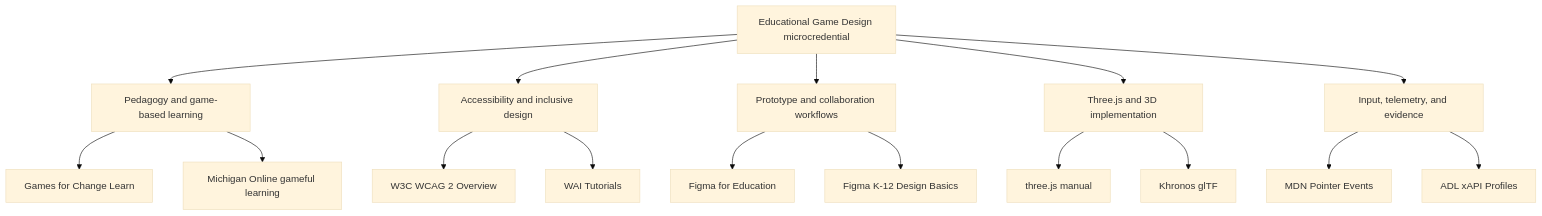
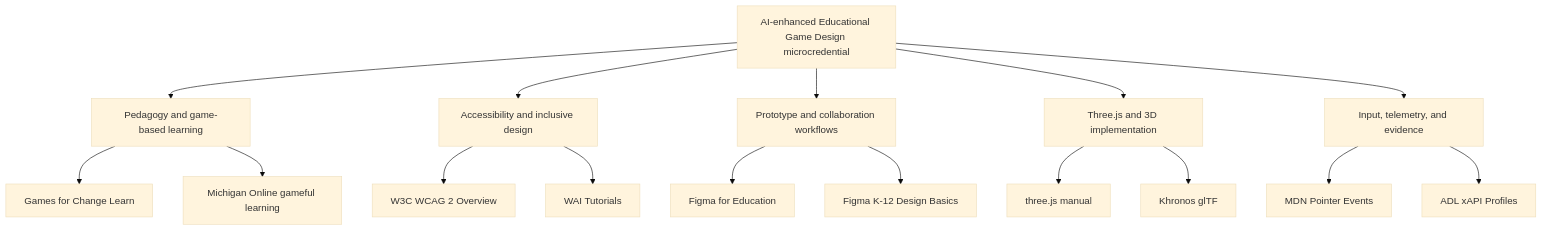
The first of 2 diagrams in resources/07-additional-learning-resources.md (Educatian/TeachPlay), drawn with Mermaid (base theme) before and after one commit. The commit also changed other lines of this file and 31 other files, not shown here.

First line of the commit message:
Rename to AI-enhanced Educational Game Design + role toggle

````diff
--- a/resources/07-additional-learning-resources.md
+++ b/resources/07-additional-learning-resources.md
@@ -52,18 +52,18 @@
 ```mermaid
 flowchart TD
-    A["Educational Game Design microcredential"] --> B["Pedagogy and game-based learning"]
+    A["AI-enhanced Educational Game Design microcredential"] --> B["Pedagogy and game-based learning"]
     A --> C["Accessibility and inclusive design"]
     A --> D["Prototype and collaboration workflows"]
     A --> E["Three.js and 3D implementation"]
     A --> F["Input, telemetry, and evidence"]
     B --> G["Games for Change Learn"]
     B --> H["Michigan Online gameful learning"]
     C --> I["W3C WCAG 2 Overview"]
     C --> J["WAI Tutorials"]
     D --> K["Figma for Education"]
     D --> L["Figma K-12 Design Basics"]
     E --> M["three.js manual"]
     E --> N["Khronos glTF"]
     F --> O["MDN Pointer Events"]
     F --> P["ADL xAPI Profiles"]
 ```
````
